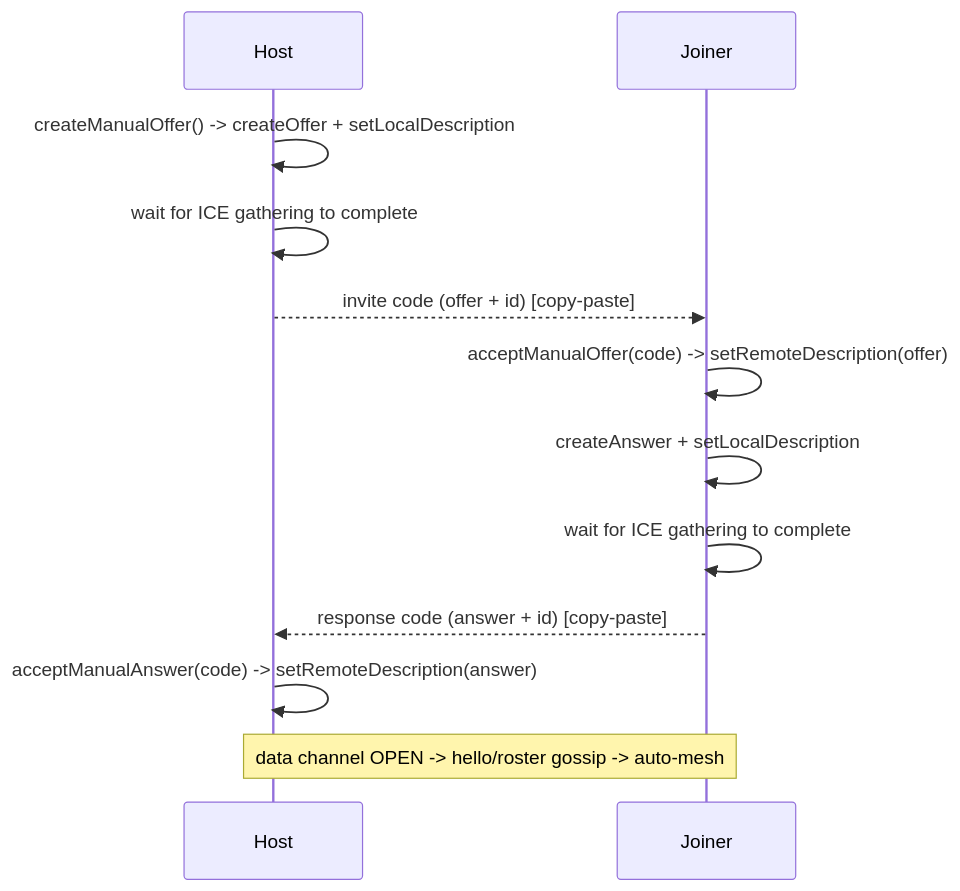
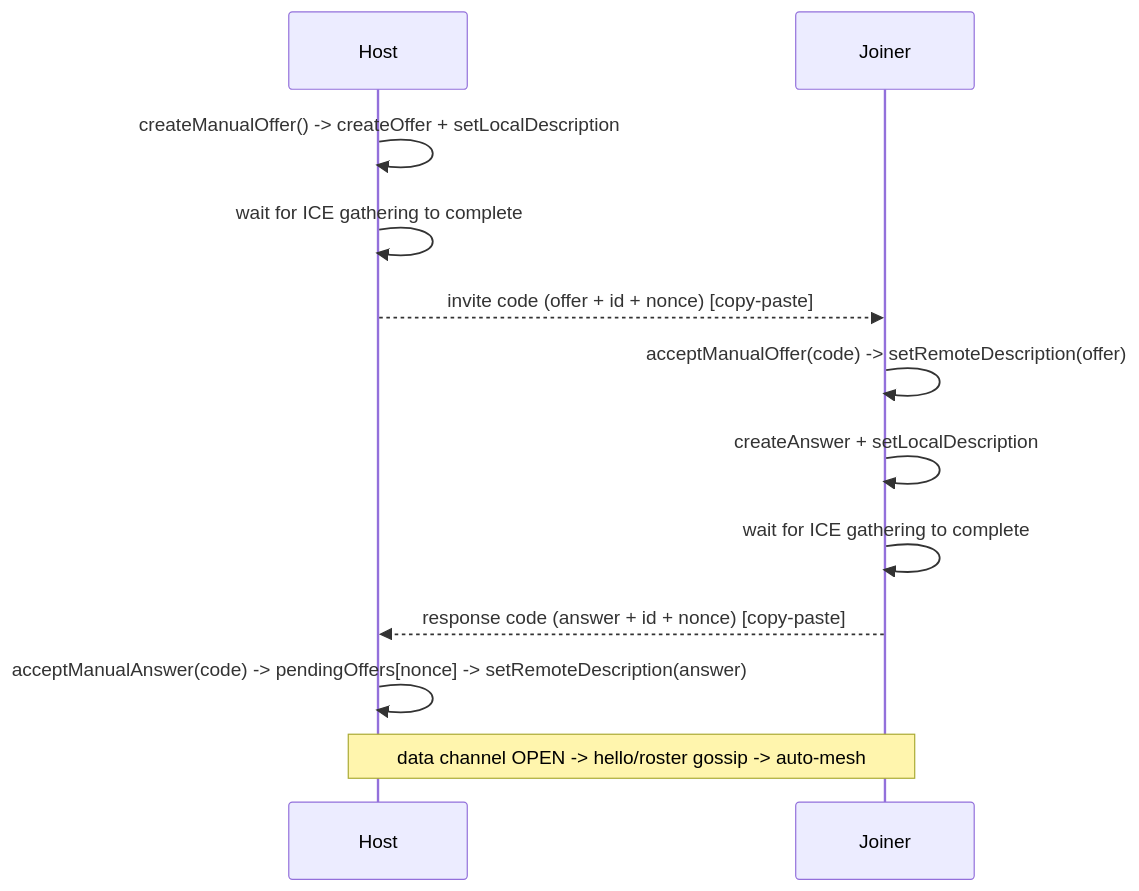
One commit to Pedjon/planning-poker changed the second of 4 diagrams in docs/webrtc.md. Above: the diagram before and after it, drawn with Mermaid. The commit also changed other lines of this file and 3 other files, not shown here.

````diff
--- a/docs/webrtc.md
+++ b/docs/webrtc.md
@@ -61,14 +61,14 @@
 ```mermaid
 sequenceDiagram
   participant H as Host
   participant J as Joiner
   H->>H: createManualOffer() -> createOffer + setLocalDescription
   H->>H: wait for ICE gathering to complete
-  H-->>J: invite code (offer + id)  [copy-paste]
+  H-->>J: invite code (offer + id + nonce)  [copy-paste]
   J->>J: acceptManualOffer(code) -> setRemoteDescription(offer)
   J->>J: createAnswer + setLocalDescription
   J->>J: wait for ICE gathering to complete
-  J-->>H: response code (answer + id)  [copy-paste]
-  H->>H: acceptManualAnswer(code) -> setRemoteDescription(answer)
+  J-->>H: response code (answer + id + nonce)  [copy-paste]
+  H->>H: acceptManualAnswer(code) -> pendingOffers[nonce] -> setRemoteDescription(answer)
   Note over H,J: data channel OPEN -> hello/roster gossip -> auto-mesh
 ```
````
